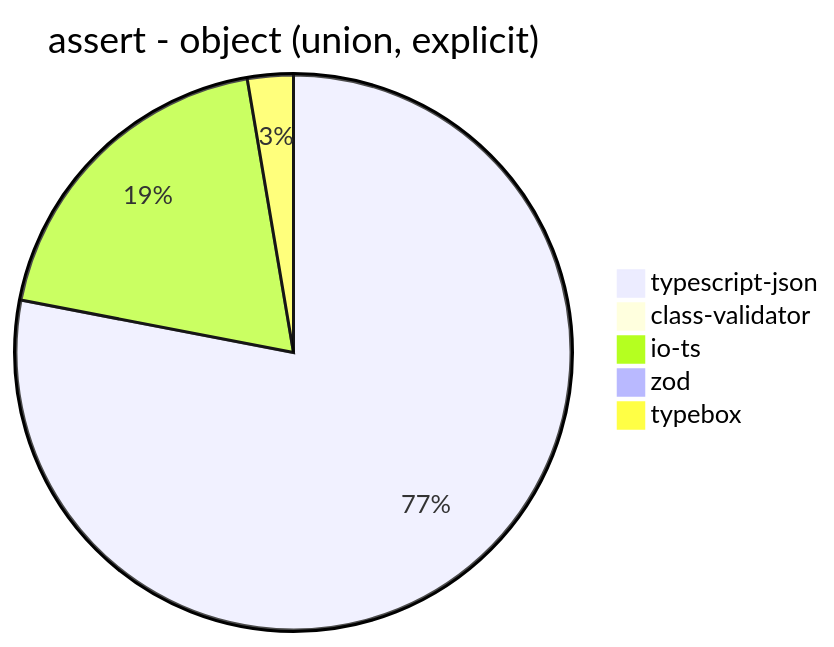
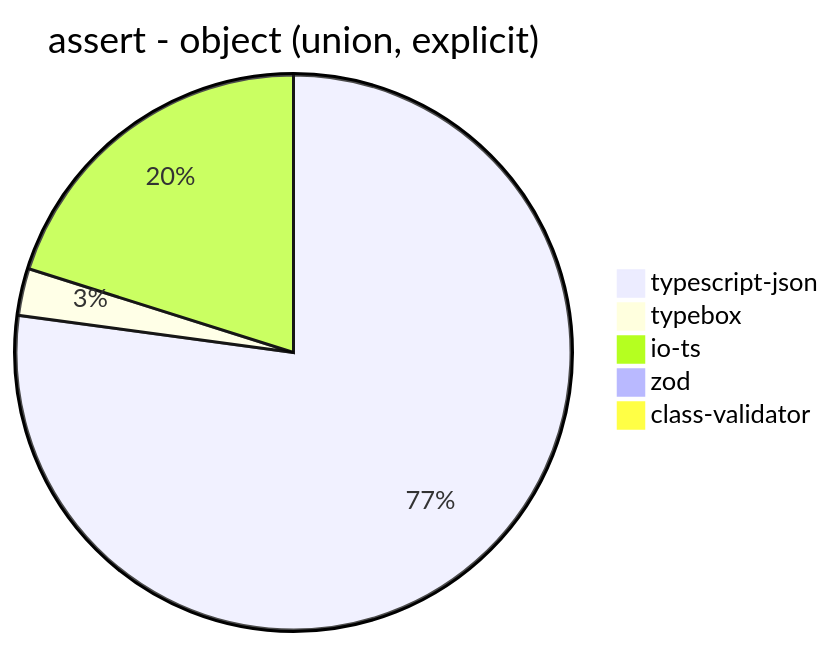
Diagram 11 of 39 in benchmark/results/AMD Ryzen 7 5800H with Radeon Graphics.md (samchon/typia), drawn with Mermaid before and after one commit. The commit also changed other lines of this file and 7 other files, not shown here.

````diff
--- a/benchmark/results/AMD Ryzen 7 5800H with Radeon Graphics.md
+++ b/benchmark/results/AMD Ryzen 7 5800H with Radeon Graphics.md
@@ -146,8 +146,8 @@
 ```mermaid
 pie title assert - object (union, explicit)
-  "typescript-json": 4940.955448201825
-  "class-validator": 15.852293920179036
-  "io-ts": 1222.6555246053854
-  "zod": 34.24023690542292
-  "typebox": 168.81918819188192
+  "typescript-json": 4945.706371191136
+  "typebox": 175.7847533632287
+  "io-ts": 1290.1314571375672
+  "zod": 34.43900670654341
+  "class-validator": 15.651201788708775
 ```
````
